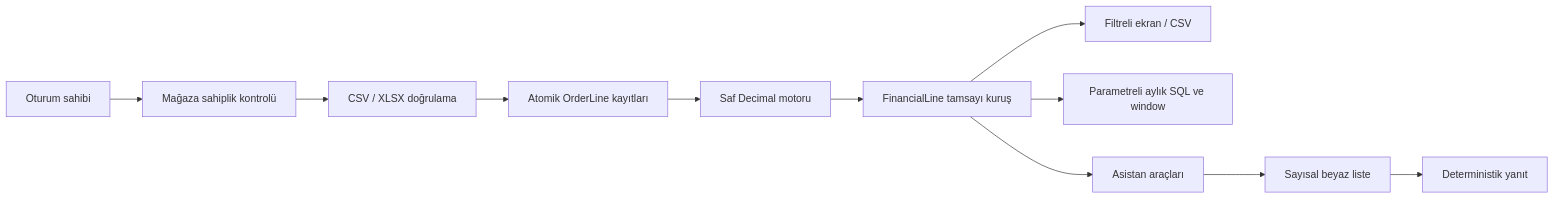
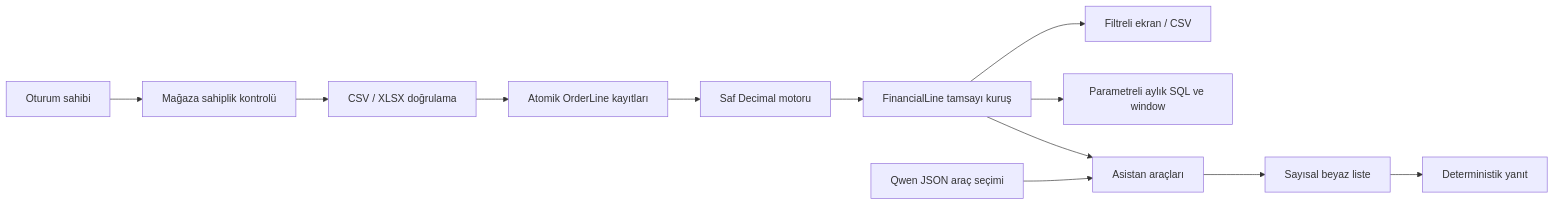
One commit to nowackk-cp/karkontrol changed the diagram in docs/MIMARI.md. Above: the diagram before and after it, drawn with Mermaid. The commit also changed other lines of this file and 54 other files, not shown here.

````diff
--- a/docs/MIMARI.md
+++ b/docs/MIMARI.md
@@ -3,13 +3,14 @@
 ```mermaid
 flowchart LR
     A[Oturum sahibi] --> B[Mağaza sahiplik kontrolü]
     B --> C[CSV / XLSX doğrulama]
     C --> D[Atomik OrderLine kayıtları]
     D --> E[Saf Decimal motoru]
     E --> F[FinancialLine tamsayı kuruş]
     F --> G[Filtreli ekran / CSV]
     F --> H[Parametreli aylık SQL ve window]
     F --> I[Asistan araçları]
+    L[Qwen JSON araç seçimi] --> I
     I --> J[Sayısal beyaz liste]
     J --> K[Deterministik yanıt]
 ```
````
